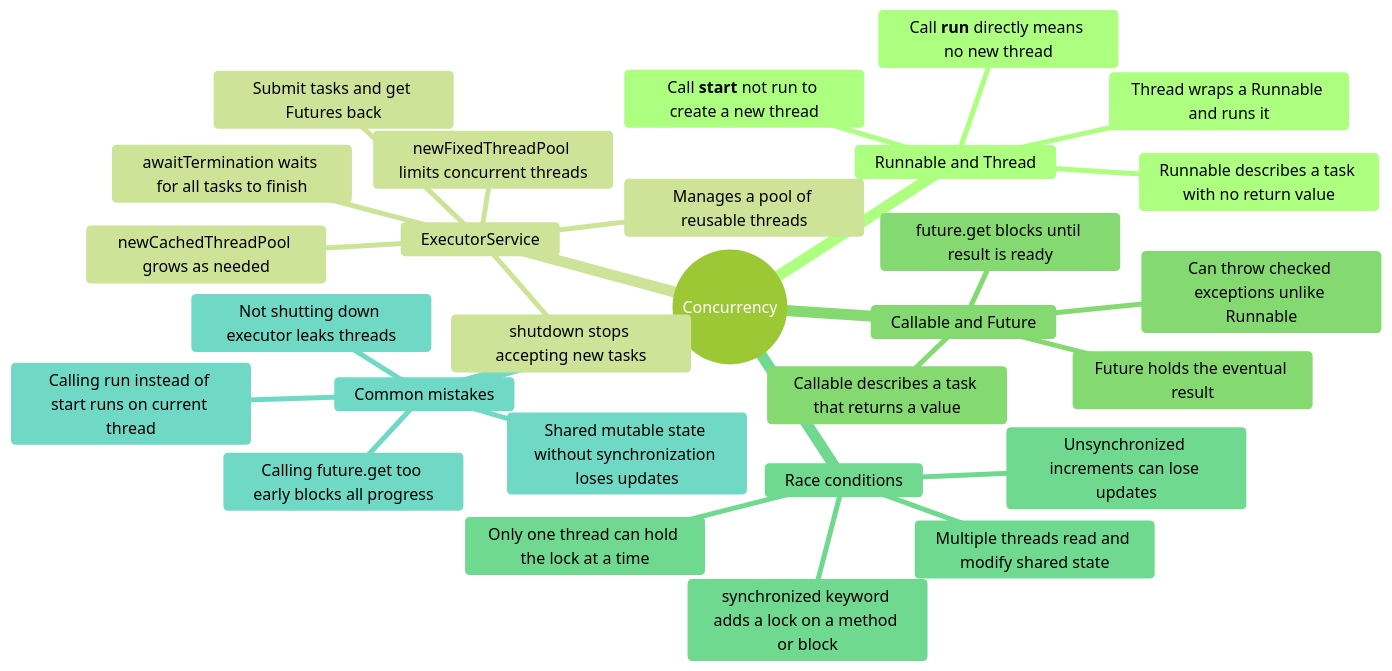
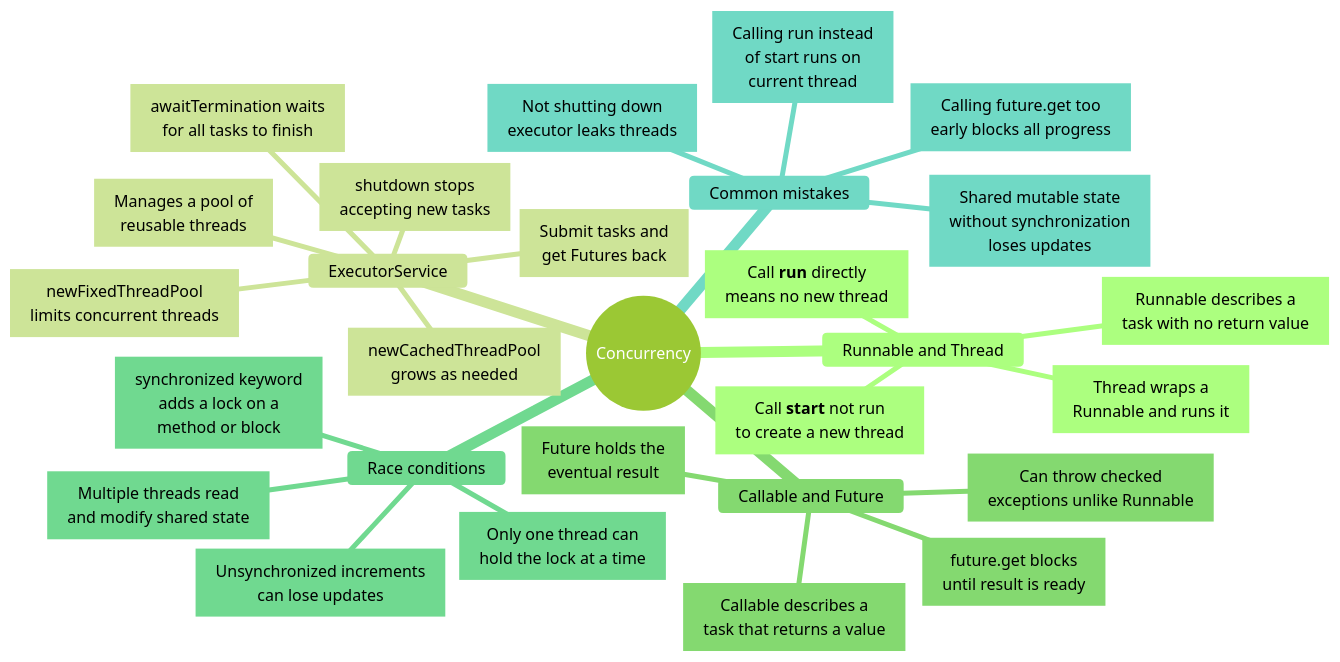
One commit to nmcguinness/L8-OOP-Module-Content changed the tenth of 13 diagrams in notes/shared/mind maps/revision_t10_t22.md. Above: the diagram before and after it, drawn with Mermaid. The commit also changed other lines of this file and 421 other files, not shown here.

Commit message:
Updated mermaid diagrams and note layout for topics 9-24.

````diff
--- a/notes/shared/mind maps/revision_t10_t22.md
+++ b/notes/shared/mind maps/revision_t10_t22.md
@@ -1335,40 +1636,65 @@
 ```mermaid
 ---
 title: "Concurrency"
 accDescr: "Mind map of Concurrency. Branches: Runnable and Thread; ExecutorService; Callable and Future; Race conditions; Common mistakes."
 ---
-%%{init: { "theme": "forest" }}%%
+%%{init: { "theme": "forest", "markdownAutoWrap": false, "mindmap": { "maxNodeWidth": 300 } }}%%
 mindmap
   root((Concurrency))
     Runnable and Thread
-      Runnable describes a task with no return value
-      Thread wraps a Runnable and runs it
-      Call **start** not run to create a new thread
-      Call **run** directly means no new thread
+      n1["`Runnable describes a
+      task with no return value`"]
+      n2["`Thread wraps a
+      Runnable and runs it`"]
+      n3["`Call **start** not run
+      to create a new thread`"]
+      n4["`Call **run** directly
+      means no new thread`"]
 
     ExecutorService
-      Manages a pool of reusable threads
-      Submit tasks and get Futures back
-      shutdown stops accepting new tasks
-      awaitTermination waits for all tasks to finish
-      newFixedThreadPool limits concurrent threads
-      newCachedThreadPool grows as needed
+      n5["`Manages a pool of
+      reusable threads`"]
+      n6["`Submit tasks and
+      get Futures back`"]
+      n7["`shutdown stops
+      accepting new tasks`"]
+      n8["`awaitTermination waits
+      for all tasks to finish`"]
+      n9["`newFixedThreadPool
+      limits concurrent threads`"]
+      n10["`newCachedThreadPool
+      grows as needed`"]
 
     Callable and Future
-      Callable describes a task that returns a value
-      Can throw checked exceptions unlike Runnable
-      Future holds the eventual result
-      future.get blocks until result is ready
+      n11["`Callable describes a
+      task that returns a value`"]
+      n12["`Can throw checked
+      exceptions unlike Runnable`"]
+      n13["`Future holds the
+      eventual result`"]
+      n14["`future.get blocks
+      until result is ready`"]
 
     Race conditions
-      Multiple threads read and modify shared state
-      Unsynchronized increments can lose updates
-      synchronized keyword adds a lock on a method or block
-      Only one thread can hold the lock at a time
+      n15["`Multiple threads read
+      and modify shared state`"]
+      n16["`Unsynchronized increments
+      can lose updates`"]
+      n17["`synchronized keyword
+      adds a lock on a
+      method or block`"]
+      n18["`Only one thread can
+      hold the lock at a time`"]
 
     Common mistakes
-      Calling run instead of start runs on current thread
-      Not shutting down executor leaks threads
-      Shared mutable state without synchronization loses updates
-      Calling future.get too early blocks all progress
+      n19["`Calling run instead
+      of start runs on
+      current thread`"]
+      n20["`Not shutting down
+      executor leaks threads`"]
+      n21["`Shared mutable state
+      without synchronization
+      loses updates`"]
+      n22["`Calling future.get too
+      early blocks all progress`"]
 ```
````
